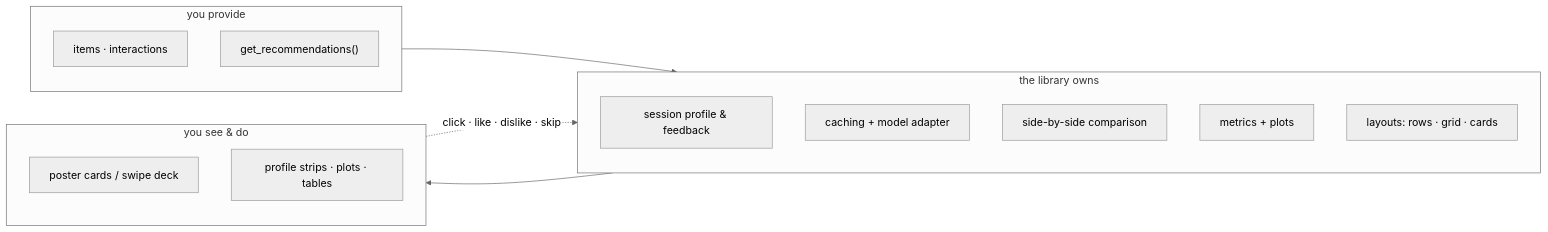
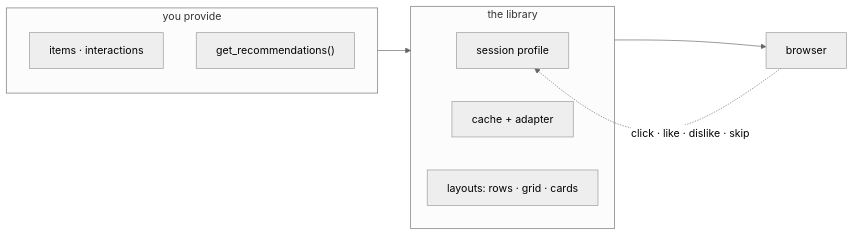
Before and after one commit to vaclavstibor/streamlit-recommenders: the first of 2 diagrams in docs/concepts/architecture.md, drawn with Mermaid (neutral theme). The commit also changed other lines of this file and 34 other files, not shown here.

````diff
--- a/docs/concepts/architecture.md
+++ b/docs/concepts/architecture.md
@@ -27,20 +11,14 @@
 ```mermaid
 flowchart LR
   subgraph YOU["you provide"]
     d["items · interactions"]
     f["get_recommendations()"]
   end
-  subgraph LIB["the library owns"]
-    s["session profile & feedback"]
-    c["caching + model adapter"]
-    cmp["side-by-side comparison"]
-    viz["metrics + plots"]
+  subgraph LIB["the library"]
+    s["session profile"]
+    c["cache + adapter"]
     lay["layouts: rows · grid · cards"]
   end
-  subgraph UI["you see & do"]
-    cards["poster cards / swipe deck"]
-    plots["profile strips · plots · tables"]
-  end
-  YOU --> LIB --> UI
-  UI -. "click · like · dislike · skip" .-> LIB
+  YOU --> LIB --> UI["browser"]
+  UI -. "click · like · dislike · skip" .-> s
 ```
````
